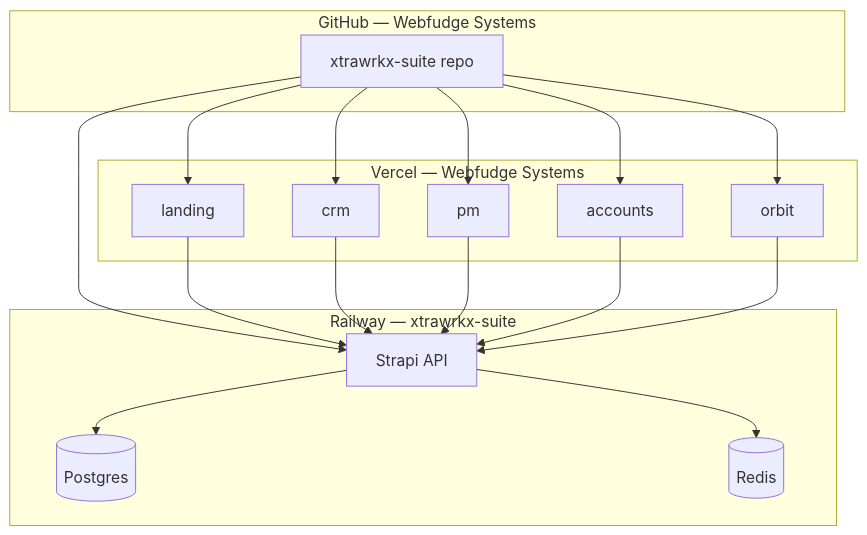
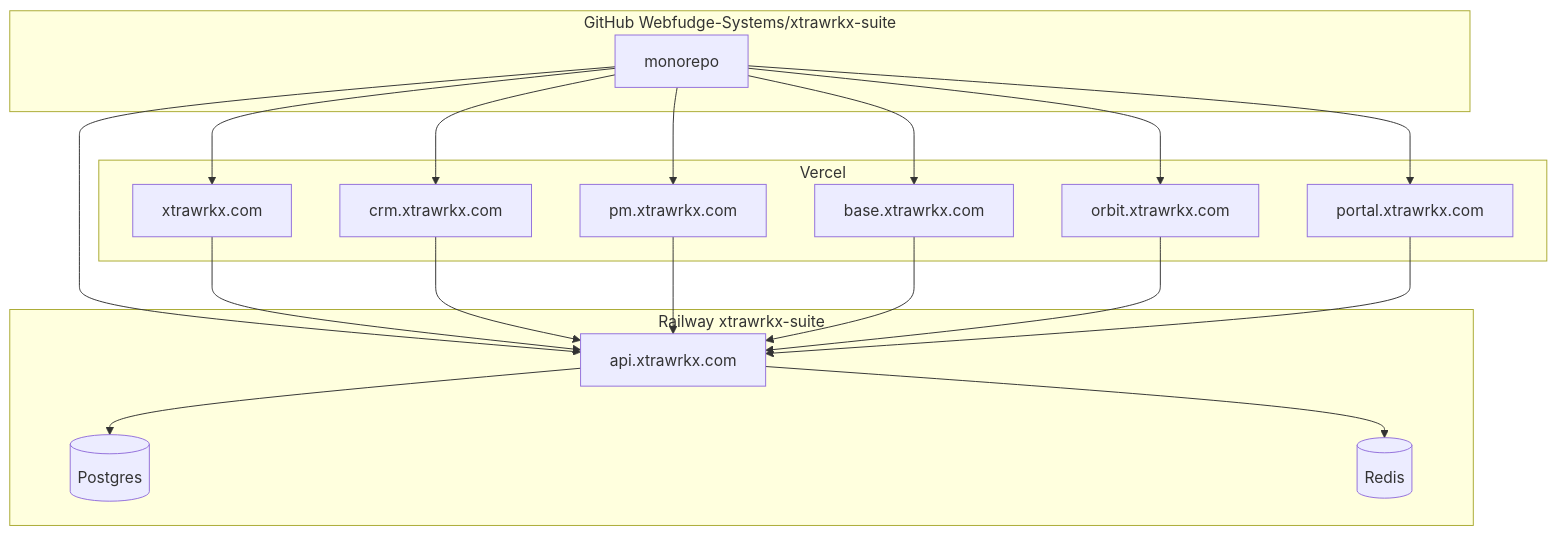
The first of 2 diagrams in docs/WEBFUDGE_SYSTEMS_DEPLOYMENT_GUIDE.md (Webfudge-Systems/xtrawrkx-suite), drawn with Mermaid before and after one commit. The commit also changed other lines of this file and 28 other files, not shown here.

First line of the commit message:
chore: update environment configurations and documentation for Xtrawrkx suite

````diff
--- a/docs/WEBFUDGE_SYSTEMS_DEPLOYMENT_GUIDE.md
+++ b/docs/WEBFUDGE_SYSTEMS_DEPLOYMENT_GUIDE.md
@@ -36,35 +47,28 @@
 ```mermaid
 flowchart TB
-  subgraph GH["GitHub — Webfudge Systems"]
-    REPO[xtrawrkx-suite repo]
+  subgraph GH["GitHub Webfudge-Systems/xtrawrkx-suite"]
+    REPO[monorepo]
   end
 
-  subgraph VER["Vercel — Webfudge Systems"]
-    L[landing]
-    CRM[crm]
-    PM[pm]
-    ACC[accounts]
-    ORB[orbit]
+  subgraph VER["Vercel"]
+    L[xtrawrkx.com]
+    CRM[crm.xtrawrkx.com]
+    PM[pm.xtrawrkx.com]
+    BASE[base.xtrawrkx.com]
+    ORB[orbit.xtrawrkx.com]
+    PRT[portal.xtrawrkx.com]
   end
 
-  subgraph RW["Railway — xtrawrkx-suite"]
-    API[Strapi API]
+  subgraph RW["Railway xtrawrkx-suite"]
+    API[api.xtrawrkx.com]
     PG[(Postgres)]
     RD[(Redis)]
   end
 
   REPO --> API
-  REPO --> L
-  REPO --> CRM
-  REPO --> PM
-  REPO --> ACC
-  REPO --> ORB
+  REPO --> L & CRM & PM & BASE & ORB & PRT
 
-  L --> API
-  CRM --> API
-  PM --> API
-  ACC --> API
-  ORB --> API
+  L & CRM & PM & BASE & ORB & PRT --> API
   API --> PG
   API --> RD
 ```
````
